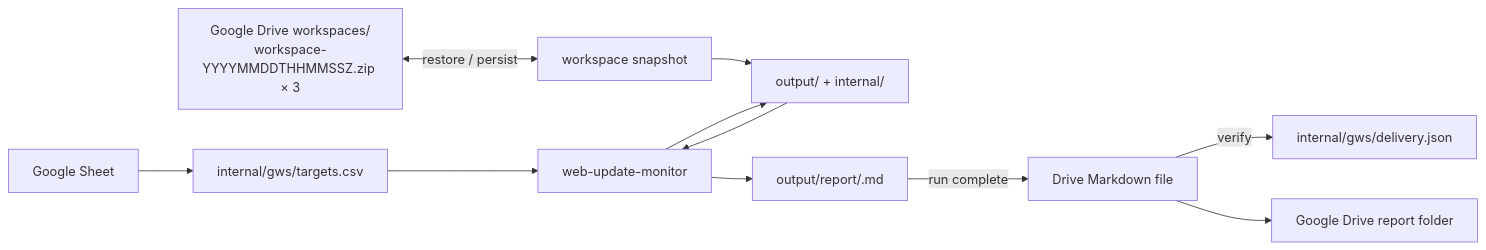
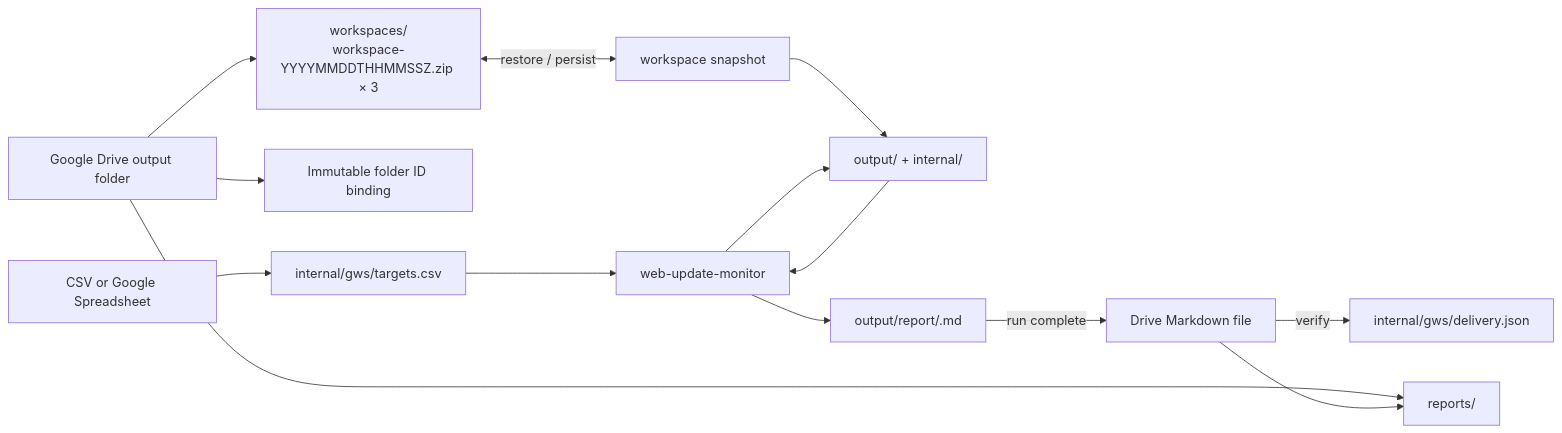
One commit to dceoy/wsum changed the first of 2 diagrams in README.md. Above: the diagram before and after it, drawn with Mermaid. The commit also changed other lines of this file and 4 other files, not shown here.

Commit message:
feat(gws): run from CSV or Spreadsheet and one Drive output folder (#64)

````diff
--- a/README.md
+++ b/README.md
@@ -23,13 +23,16 @@
 ```mermaid
 flowchart LR
-    GS["Google Sheet"] --> CSV["internal/gws/targets.csv"]
-    DS["Google Drive workspaces/<br/>workspace-YYYYMMDDTHHMMSSZ.zip × 3"] <-->|restore / persist| WS["workspace snapshot"]
+    GS["CSV or Google Spreadsheet"] --> CSV["internal/gws/targets.csv"]
+    DP["Google Drive output folder"] --> B["Immutable folder ID binding"]
+    DP --> DS["workspaces/<br/>workspace-YYYYMMDDTHHMMSSZ.zip × 3"]
+    DP --> DR["reports/"]
+    DS <-->|restore / persist| WS["workspace snapshot"]
     WS --> WORKSPACE["output/ + internal/"]
     CSV --> CORE["web-update-monitor"]
     WORKSPACE --> CORE
     CORE --> WORKSPACE
     CORE --> REPORT["output/report/<run-id>.md"]
     REPORT -->|run complete| GMD["Drive Markdown file"]
     GMD -->|verify| DELIVERY["internal/gws/delivery.json"]
-    GMD --> DR["Google Drive report folder"]
+    GMD --> DR
 ```
````
